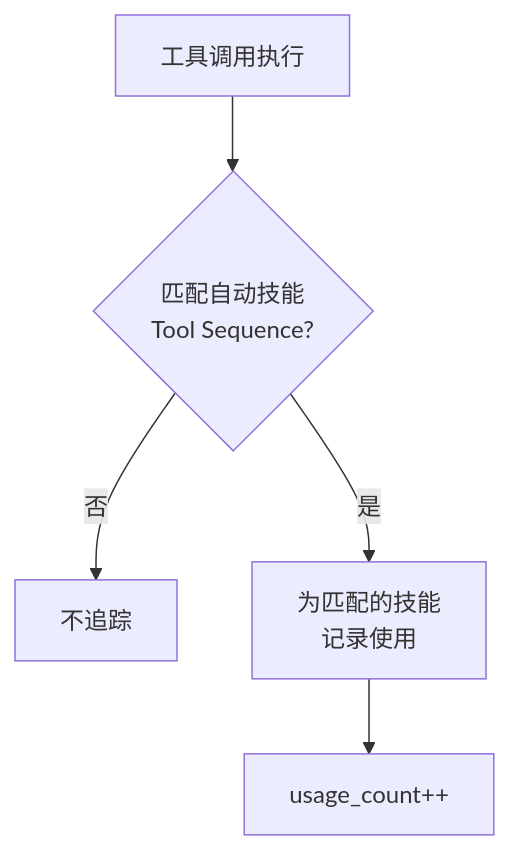
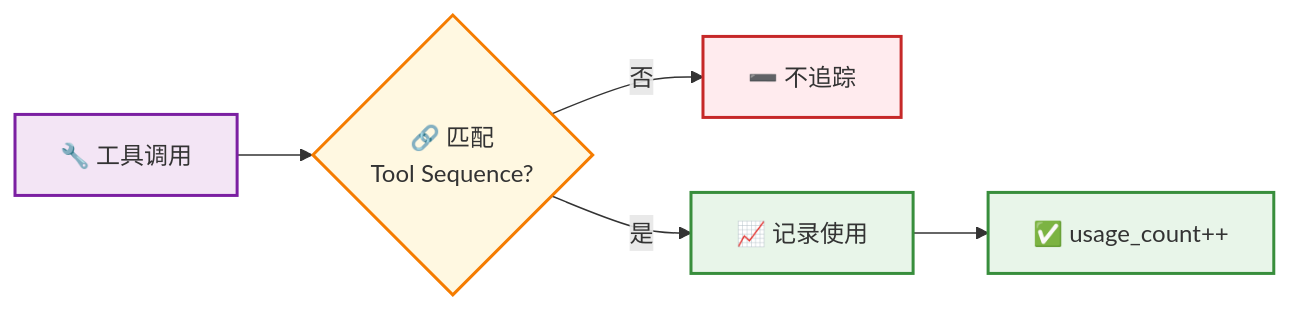
The fourth of 4 diagrams in README_zh.md (beancookie/xiaoclaw), drawn with Mermaid before and after one commit. The commit also changed other lines of this file and 23 other files, not shown here.

````diff
--- a/README_zh.md
+++ b/README_zh.md
@@ -485,7 +495,13 @@
 ```mermaid
-flowchart TB
-    A[工具调用执行] --> B{匹配自动技能<br/>Tool Sequence?}
-    B -->|否| Z[不追踪]
-    B -->|是| C[为匹配的技能<br/>记录使用]
-    C --> D[usage_count++]
+flowchart LR
+    A["🔧 工具调用"] --> B{"🔗 匹配<br/>Tool Sequence?"}
+    B -->|否| Z["➖ 不追踪"]
+    B -->|是| C["📈 记录使用"]
+    C --> D["✅ usage_count++"]
+
+    style A fill:#f3e5f5,stroke:#7b1fa2,stroke-width:2px
+    style B fill:#fff8e1,stroke:#f57c00,stroke-width:2px
+    style C fill:#e8f5e9,stroke:#388e3c,stroke-width:2px
+    style D fill:#e8f5e9,stroke:#388e3c,stroke-width:2px
+    style Z fill:#ffebee,stroke:#c62828,stroke-width:2px
 ```
````
